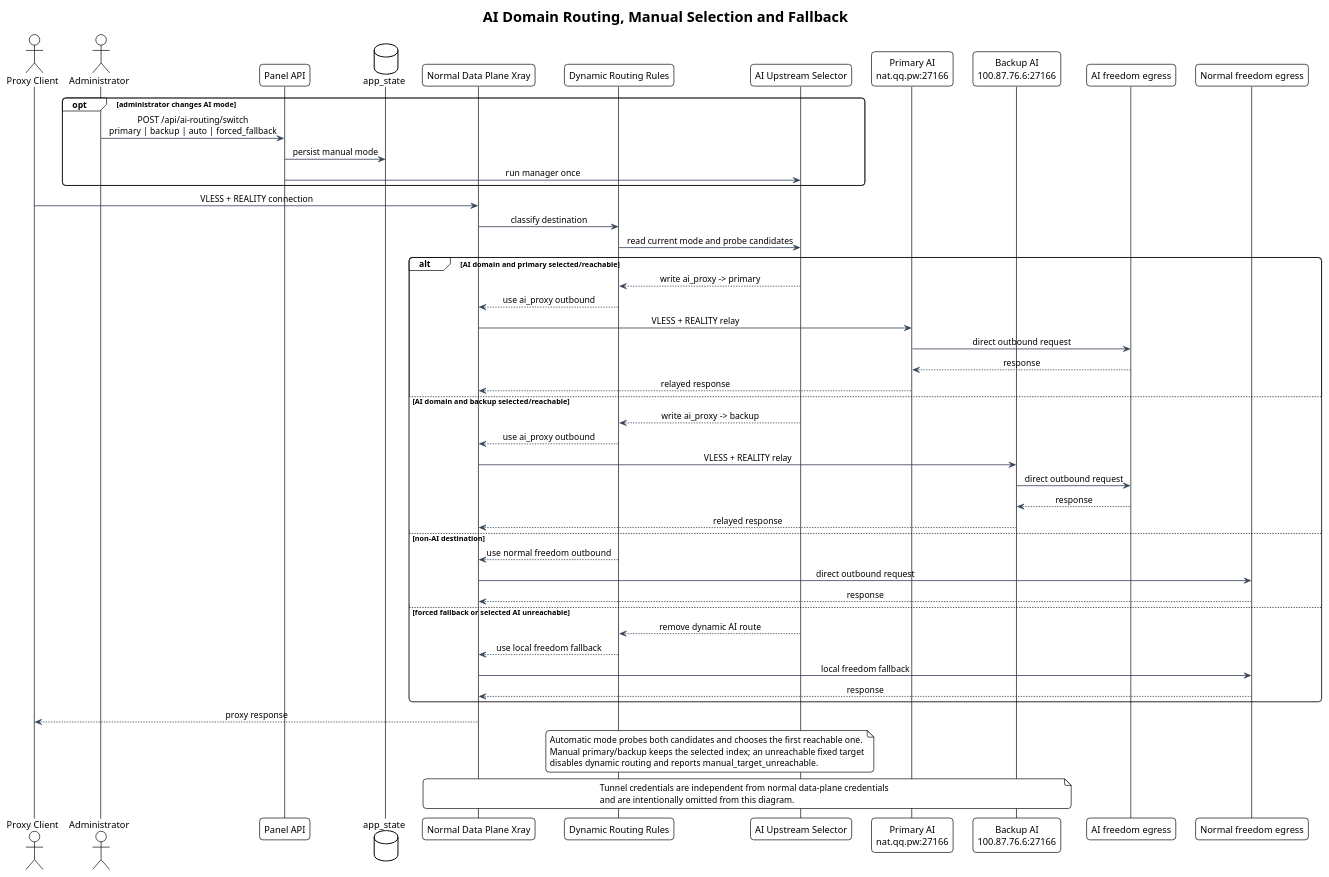
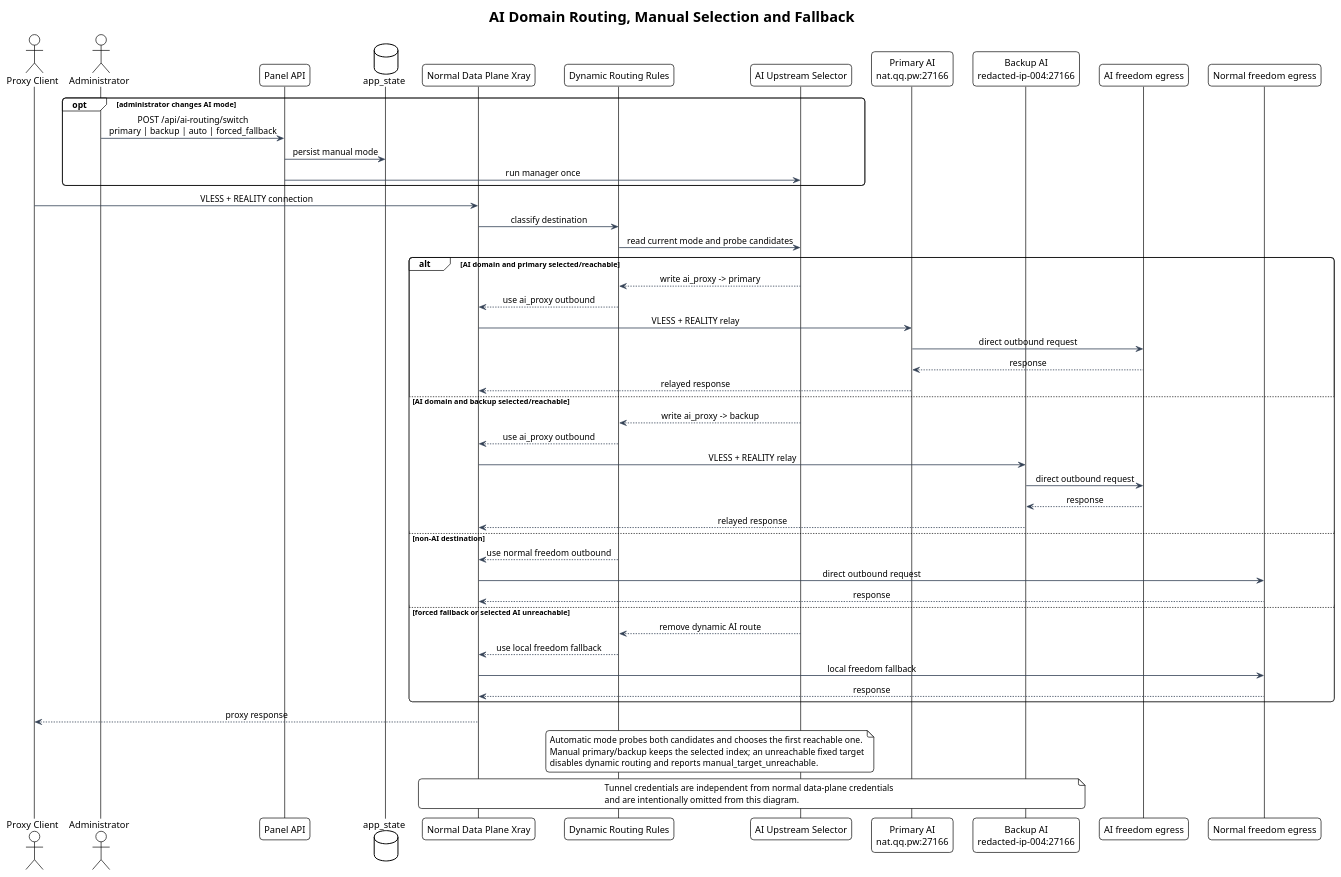
Before and after one commit to i-zrhe2016/ai-routing-panel: the diagram in docs/diagrams/ai-routing-flow.puml, drawn with PlantUML. The commit also changed 43 other files, not shown here.

```diff
--- a/docs/diagrams/ai-routing-flow.puml
+++ b/docs/diagrams/ai-routing-flow.puml
@@ -1,74 +1,74 @@
 @startuml
 !theme plain
 skinparam backgroundColor #FFFFFF
 skinparam shadowing false
 skinparam roundcorner 10
 skinparam ArrowColor #334155
 skinparam ArrowThickness 1.2
 skinparam defaultFontName Arial
 skinparam sequenceMessageAlign center
 skinparam responseMessageBelowArrow true
 
 title AI Domain Routing, Manual Selection and Fallback
 
 actor "Proxy Client" as client
 actor "Administrator" as admin
 participant "Panel API" as panel
 database "app_state" as state
 participant "Normal Data Plane Xray" as normal
 participant "Dynamic Routing Rules" as rules
 participant "AI Upstream Selector" as selector
 participant "Primary AI\nnat.qq.pw:27166" as primary
-participant "Backup AI\n100.87.76.6:27166" as backup
+participant "Backup AI\nredacted-ip-004:27166" as backup
 participant "AI freedom egress" as egress
 participant "Normal freedom egress" as fallback
 
 opt administrator changes AI mode
   admin -> panel : POST /api/ai-routing/switch\nprimary | backup | auto | forced_fallback
   panel -> state : persist manual mode
   panel -> selector : run manager once
 end
 
 client -> normal : VLESS + REALITY connection
 normal -> rules : classify destination
 rules -> selector : read current mode and probe candidates
 
 alt AI domain and primary selected/reachable
   selector --> rules : write ai_proxy -> primary
   rules --> normal : use ai_proxy outbound
   normal -> primary : VLESS + REALITY relay
   primary -> egress : direct outbound request
   egress --> primary : response
   primary --> normal : relayed response
 else AI domain and backup selected/reachable
   selector --> rules : write ai_proxy -> backup
   rules --> normal : use ai_proxy outbound
   normal -> backup : VLESS + REALITY relay
   backup -> egress : direct outbound request
   egress --> backup : response
   backup --> normal : relayed response
 else non-AI destination
   rules --> normal : use normal freedom outbound
   normal -> fallback : direct outbound request
   fallback --> normal : response
 else forced fallback or selected AI unreachable
   selector --> rules : remove dynamic AI route
   rules --> normal : use local freedom fallback
   normal -> fallback : local freedom fallback
   fallback --> normal : response
 end
 
 normal --> client : proxy response
 
 note over selector,rules
   Automatic mode probes both candidates and chooses the first reachable one.
   Manual primary/backup keeps the selected index; an unreachable fixed target
   disables dynamic routing and reports manual_target_unreachable.
 end note
 
 note over normal,backup
   Tunnel credentials are independent from normal data-plane credentials
   and are intentionally omitted from this diagram.
 end note
 
 @enduml
```
